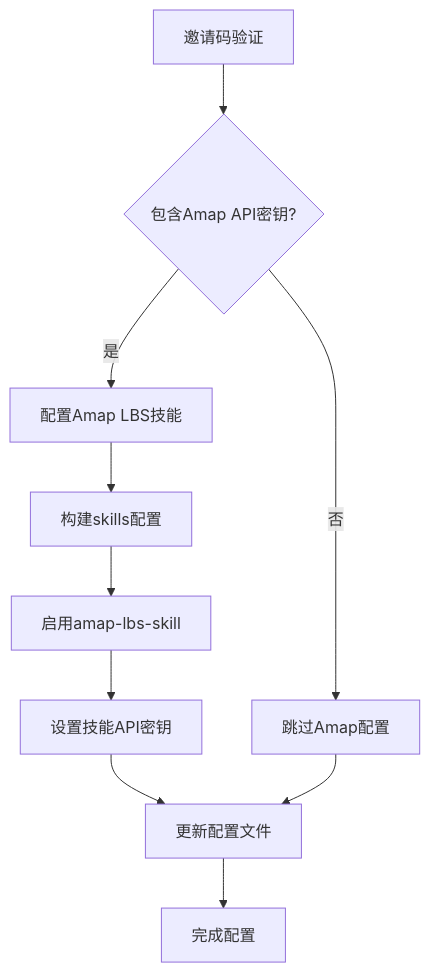
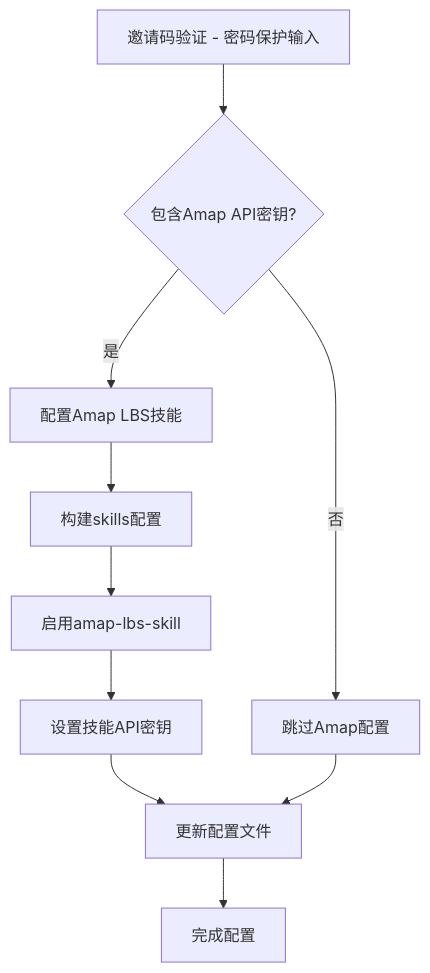
The tenth of 13 diagrams in .qoder/repowiki/zh/content/设置向导集成指南.md (verse-ai-org/openclaw), drawn with Mermaid before and after one commit. The commit also changed other lines of this file and 22 other files, not shown here.

````diff
--- a/.qoder/repowiki/zh/content/设置向导集成指南.md
+++ b/.qoder/repowiki/zh/content/设置向导集成指南.md
@@ -494,12 +495,12 @@
 ```mermaid
 flowchart TD
-InviteCode[邀请码验证] --> HasAmapKey{包含Amap API密钥?}
+InviteCode[邀请码验证 - 密码保护输入] --> HasAmapKey{包含Amap API密钥?}
 HasAmapKey --> |是| ConfigureAmap[配置Amap LBS技能]
 HasAmapKey --> |否| SkipAmap[跳过Amap配置]
 ConfigureAmap --> BuildSkillsSection[构建skills配置]
 BuildSkillsSection --> EnableSkill[启用amap-lbs-skill]
 EnableSkill --> SetSkillApiKey[设置技能API密钥]
 SetSkillApiKey --> UpdateConfig[更新配置文件]
 SkipAmap --> UpdateConfig
 UpdateConfig --> Complete[完成配置]
 ```
````
